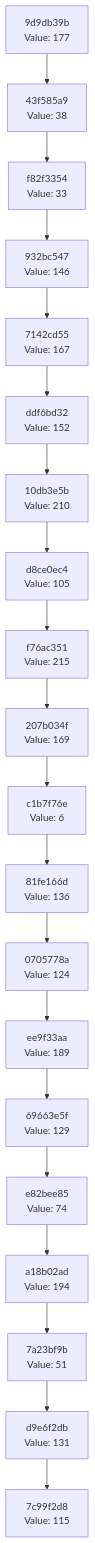
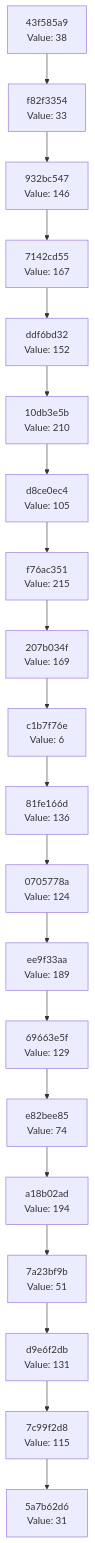
The diagram in docs/CHAIN_VISUALIZATION.md (Abhisheksinha1506/hash-chain-evolver), drawn with Mermaid before and after one commit. The commit also changed 2 other files, not shown here.

Commit message:
Evolution Step

````diff
--- a/docs/CHAIN_VISUALIZATION.md
+++ b/docs/CHAIN_VISUALIZATION.md
@@ -3,42 +3,42 @@
 ```mermaid
 graph TD
-    C0["7c99f2d8<br/>Value: 115"]
-    C1["d9e6f2db<br/>Value: 131"]
+    C0["5a7b62d6<br/>Value: 31"]
+    C1["7c99f2d8<br/>Value: 115"]
     C1 --> C0
-    C2["7a23bf9b<br/>Value: 51"]
+    C2["d9e6f2db<br/>Value: 131"]
     C2 --> C1
-    C3["a18b02ad<br/>Value: 194"]
+    C3["7a23bf9b<br/>Value: 51"]
     C3 --> C2
-    C4["e82bee85<br/>Value: 74"]
+    C4["a18b02ad<br/>Value: 194"]
     C4 --> C3
-    C5["69663e5f<br/>Value: 129"]
+    C5["e82bee85<br/>Value: 74"]
     C5 --> C4
-    C6["ee9f33aa<br/>Value: 189"]
+    C6["69663e5f<br/>Value: 129"]
     C6 --> C5
-    C7["0705778a<br/>Value: 124"]
+    C7["ee9f33aa<br/>Value: 189"]
     C7 --> C6
-    C8["81fe166d<br/>Value: 136"]
+    C8["0705778a<br/>Value: 124"]
     C8 --> C7
-    C9["c1b7f76e<br/>Value: 6"]
+    C9["81fe166d<br/>Value: 136"]
     C9 --> C8
-    C10["207b034f<br/>Value: 169"]
+    C10["c1b7f76e<br/>Value: 6"]
     C10 --> C9
-    C11["f76ac351<br/>Value: 215"]
+    C11["207b034f<br/>Value: 169"]
     C11 --> C10
-    C12["d8ce0ec4<br/>Value: 105"]
+    C12["f76ac351<br/>Value: 215"]
     C12 --> C11
-    C13["10db3e5b<br/>Value: 210"]
+    C13["d8ce0ec4<br/>Value: 105"]
     C13 --> C12
-    C14["ddf6bd32<br/>Value: 152"]
+    C14["10db3e5b<br/>Value: 210"]
     C14 --> C13
-    C15["7142cd55<br/>Value: 167"]
+    C15["ddf6bd32<br/>Value: 152"]
     C15 --> C14
-    C16["932bc547<br/>Value: 146"]
+    C16["7142cd55<br/>Value: 167"]
     C16 --> C15
-    C17["f82f3354<br/>Value: 33"]
+    C17["932bc547<br/>Value: 146"]
     C17 --> C16
-    C18["43f585a9<br/>Value: 38"]
+    C18["f82f3354<br/>Value: 33"]
     C18 --> C17
-    C19["9d9db39b<br/>Value: 177"]
+    C19["43f585a9<br/>Value: 38"]
     C19 --> C18
 ```
````
